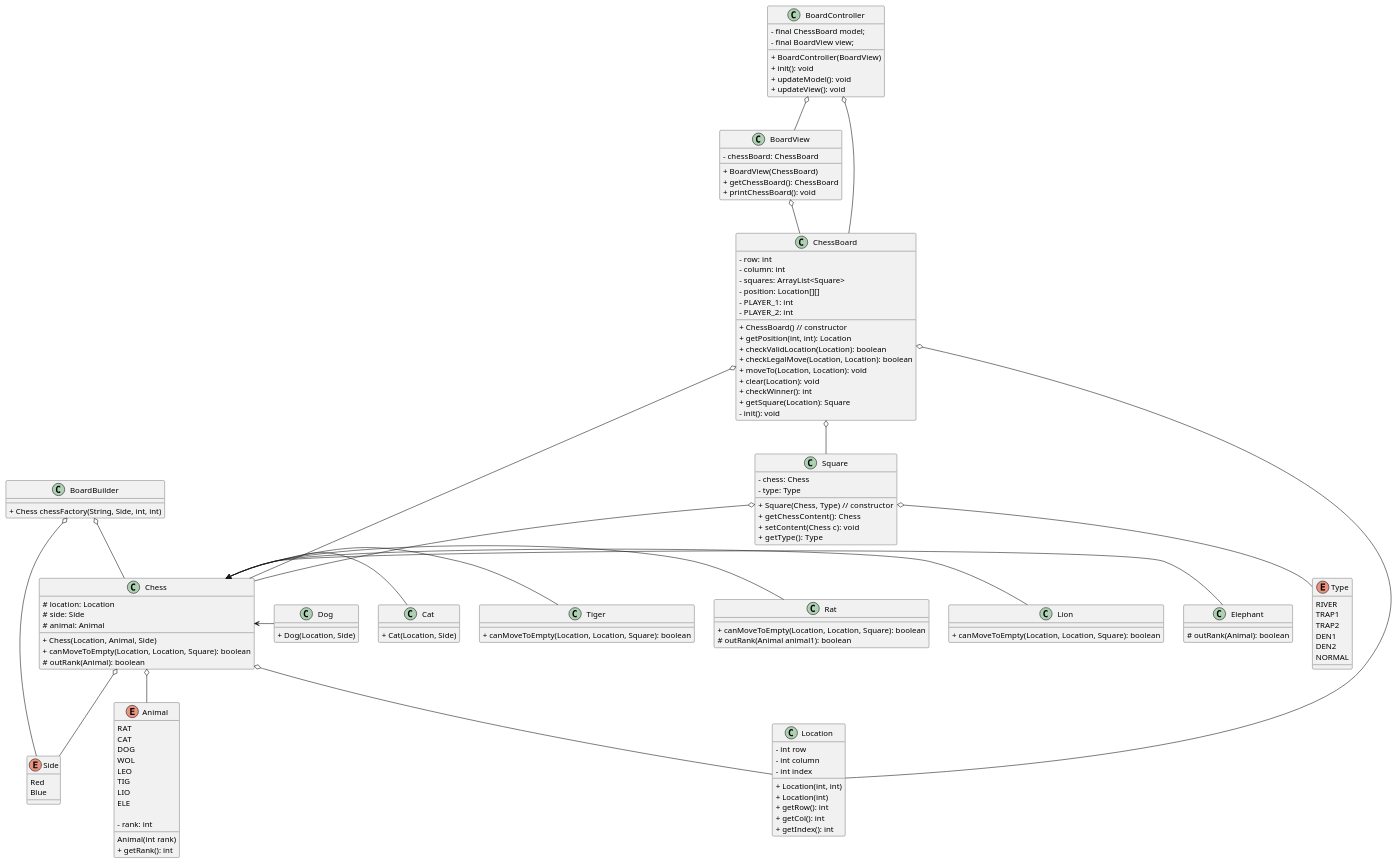
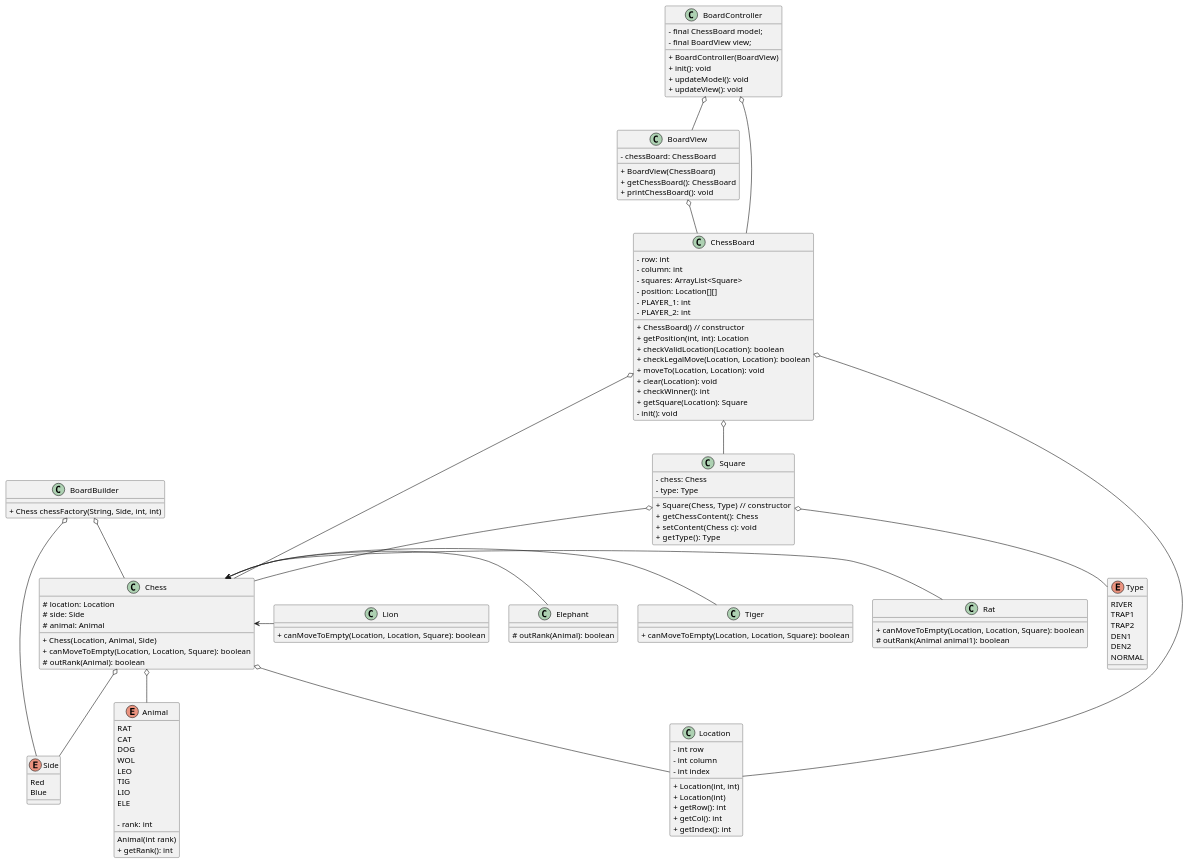
One commit to Edo-kawa/SE-Project changed the diagram in src/main/UML/1.puml. Above: the diagram before and after it, drawn with PlantUML. The commit also changed 1 other file, not shown here.

Commit message:
Update UML and factory

```diff
--- a/src/main/UML/1.puml
+++ b/src/main/UML/1.puml
@@ -1,178 +1,173 @@
 @startuml
 
 Chess o-- Animal
 Chess o-- Side
 Chess o-- Location
 
 ChessBoard o-- Location
 ChessBoard o-- Chess
 ChessBoard o-- Square
 
 Square o-- Type
 Square o-- Chess
-
-Chess <- Cat
-Chess <- Dog
+'
+'Chess <- Cat
+'Chess <- Dog
 Chess <- Elephant
 'Chess <- Leopard
 Chess <- Lion
 Chess <- Rat
 Chess <- Tiger
 'Chess <- Wolf
 
 BoardView o-- ChessBoard
 
 BoardController o-- ChessBoard
 BoardController o-- BoardView
 
 BoardBuilder o-- Side
 BoardBuilder o-- Chess
 
 enum Animal{
 RAT
 CAT
 DOG
 WOL
 LEO
 TIG
 LIO
 ELE
 
 <plain>- rank: int
 
 Animal(int rank)
 <plain>+ getRank(): int
 }
 
 enum Side{
 Red
 Blue
 }
 
 enum Type {
 RIVER
 TRAP1
 TRAP2
 DEN1
 DEN2
 NORMAL
 }
 
 class Square{
 <plain>- chess: Chess
 <plain>- type: Type
 
 <plain>+  Square(Chess, Type) // constructor
 <plain>+  getChessContent(): Chess
 <plain>+  setContent(Chess c): void
 <plain>+  getType(): Type
 }
 
-class Cat{
-<plain>+ Cat(Location, Side)
-}
-class Dog{
-<plain>+ Dog(Location, Side)
-}
+
 
 class Elephant{
 <plain># outRank(Animal): boolean
 }
 '
 'class Leopard{
 ''boolean isValidPath(Location from, Location to)
 '}
 class Lion{
 <plain>+ canMoveToEmpty(Location, Location, Square): boolean
 }
 class Rat{
 <plain>+ canMoveToEmpty(Location, Location, Square): boolean
 <plain># outRank(Animal animal1): boolean
 }
 class Tiger{
 <plain>+ canMoveToEmpty(Location, Location, Square): boolean
 }
 'class Wolf{
 ''<plain>+ boolean isValidPath(Location from, Location to)
 '}
 
 class Chess{
 <plain># location: Location
 <plain># side: Side
 <plain># animal: Animal
 
 <plain>+ Chess(Location, Animal, Side)
 <plain>+ canMoveToEmpty(Location, Location, Square): boolean
 <plain># outRank(Animal): boolean
 }
 
 class ChessBoard{
 <plain>- row: int
 <plain>- column: int
 <plain>- squares: ArrayList<Square>
 '// player1 [0][1-8], player2 [1][1-8] 1-8 standing for Rank
 <plain>- position: Location[][]
 <plain>- PLAYER_1: int
 <plain>- PLAYER_2: int
 
 <plain>+ ChessBoard() // constructor
 <plain>+ getPosition(int, int): Location
 <plain>+ checkValidLocation(Location): boolean
 '<plain>+ checkCanCapture(Chess chess, Location location) // 未使用
 '<plain>+ boolean checkIsEmpty(Location location) // 未使用
 <plain>+ checkLegalMove(Location, Location): boolean 
 '<plain>+ boolean checkLegalMove(int index, Location to)
 <plain>+ moveTo(Location, Location): void
 '<plain>+ void moveTo(int index, Location to)
 <plain>+ clear(Location): void 
 <plain>+ checkWinner(): int 
 '<plain>+ boolean setChess(Chess chess, Location location) // 未使用
 '<plain>+ Chess getChess(Location location)
 <plain>+ getSquare(Location): Square 
 '<plain>+ Square getSquare(int index)
 '<plain>+ Set<Move> getLegalMoves(Location location) // 未使用
 '<plain>- int location2index(Location location)
 '<plain>- Location index2Location(int index)
 <plain>- init(): void 
 }
 
 
 
 class Location{
 
 <plain>- int row
 <plain>- int column
 <plain>- int index
 
 <plain>+ Location(int, int)
 <plain>+ Location(int)
 <plain>+ getRow(): int
 <plain>+ getCol(): int
 <plain>+ getIndex(): int
 }
 
 class BoardController{
 <plain>- final ChessBoard model;
 <plain>- final BoardView view;
 
 <plain>+ BoardController(BoardView)
 <plain>+ init(): void
 <plain>+ updateModel(): void
 <plain>+ updateView(): void
 }
 
 class BoardView{
 
 <plain>- chessBoard: ChessBoard
 
 <plain>+ BoardView(ChessBoard)
 <plain>+ getChessBoard(): ChessBoard
 <plain>+ printChessBoard(): void
 }
 
 
 class BoardBuilder{
 <plain>+ Chess chessFactory(String, Side, int, int)
 }
 
 @enduml
```
